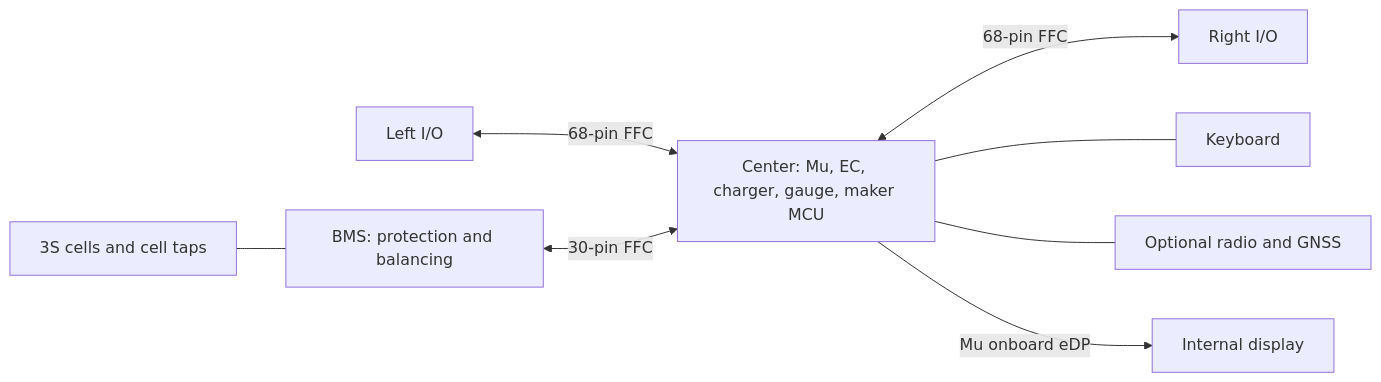
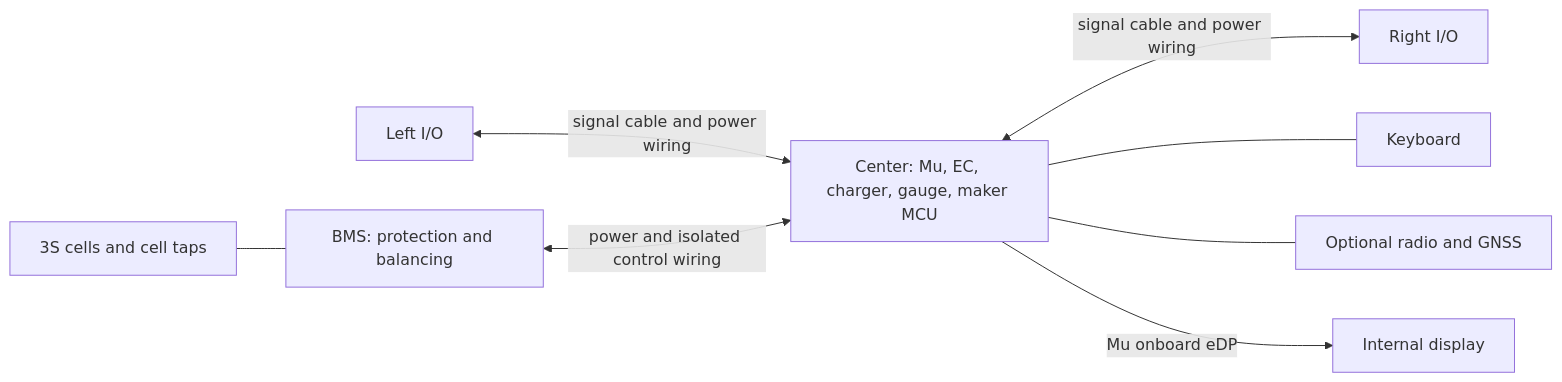
One commit to EwoudVV/ducktop2 changed the diagram in README.md. Above: the diagram before and after it, drawn with Mermaid. The commit also changed other lines of this file and 342 other files, not shown here.

````diff
--- a/README.md
+++ b/README.md
@@ -45,10 +50,10 @@
 ```mermaid
 flowchart LR
-    L[Left I/O] <-->|68-pin FFC| C[Center: Mu, EC, charger, gauge, maker MCU]
-    C <-->|68-pin FFC| R[Right I/O]
-    B[BMS: protection and balancing] <-->|30-pin FFC| C
+    L[Left I/O] <-->|signal cable and power wiring| C[Center: Mu, EC, charger, gauge, maker MCU]
+    C <-->|signal cable and power wiring| R[Right I/O]
+    B[BMS: protection and balancing] <-->|power and isolated control wiring| C
     Cells[3S cells and cell taps] --- B
     C --- K[Keyboard]
     C --- Radio[Optional radio and GNSS]
     C -->|Mu onboard eDP| Panel[Internal display]
 ```
````
